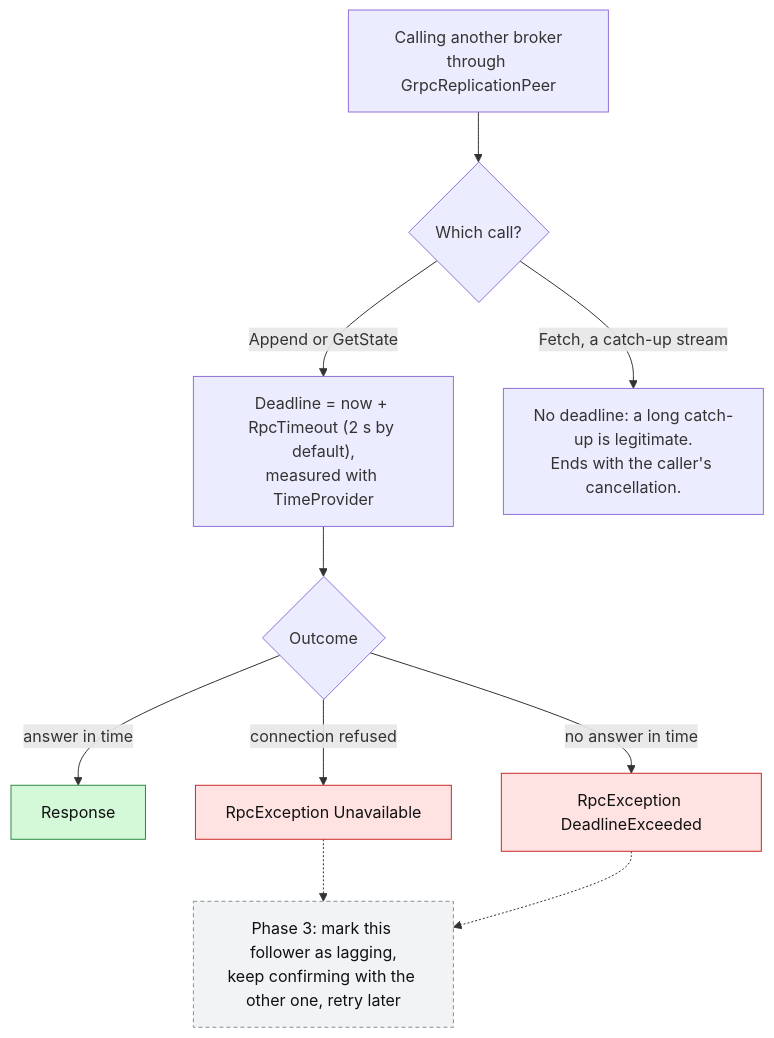
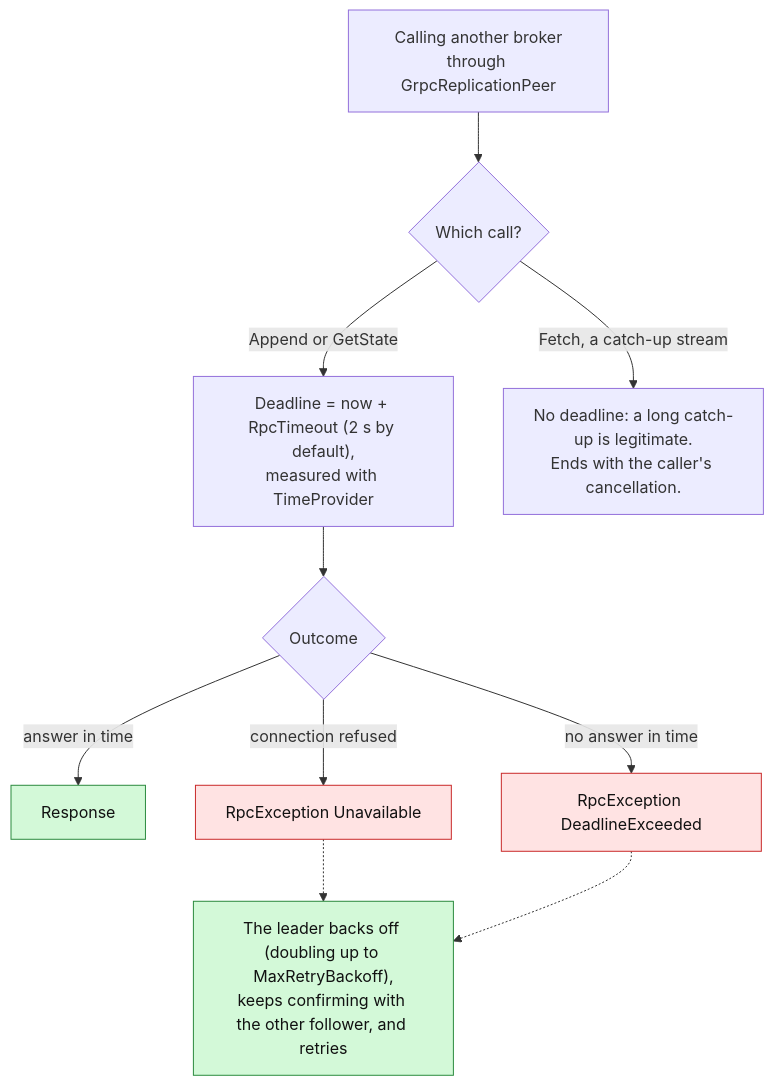
Diagram 21 of 23 in docs/replication-scenarios.md (paulisuden/K0sStreams), drawn with Mermaid before and after one commit. The commit also changed other lines of this file and 21 other files, not shown here.

````diff
--- a/docs/replication-scenarios.md
+++ b/docs/replication-scenarios.md
@@ -622,16 +619,16 @@
 ```mermaid
 flowchart TD
     C["Calling another broker<br/>through GrpcReplicationPeer"] --> K{"Which call?"}
     K -- "Append or GetState" --> D["Deadline = now + RpcTimeout (2 s by default),<br/>measured with TimeProvider"]
     K -- "Fetch, a catch-up stream" --> N["No deadline: a long catch-up is legitimate.<br/>Ends with the caller's cancellation."]
     D --> R{"Outcome"}
     R -- "answer in time" --> OK["Response"]:::ok
     R -- "connection refused" --> U["RpcException Unavailable"]:::bad
     R -- "no answer in time" --> T["RpcException DeadlineExceeded"]:::bad
-    U -.-> P["Phase 3: mark this follower as lagging,<br/>keep confirming with the other one, retry later"]:::future
+    U -.-> P["The leader backs off (doubling up to MaxRetryBackoff),<br/>keeps confirming with the other follower, and retries"]:::ok
     T -.-> P
 
     classDef ok fill:#d3f9d8,stroke:#2b8a3e,color:#111
     classDef bad fill:#ffe3e3,stroke:#c92a2a,color:#111
     classDef future fill:#f1f3f5,stroke:#868e96,color:#111,stroke-dasharray:4 3
 ```
````
